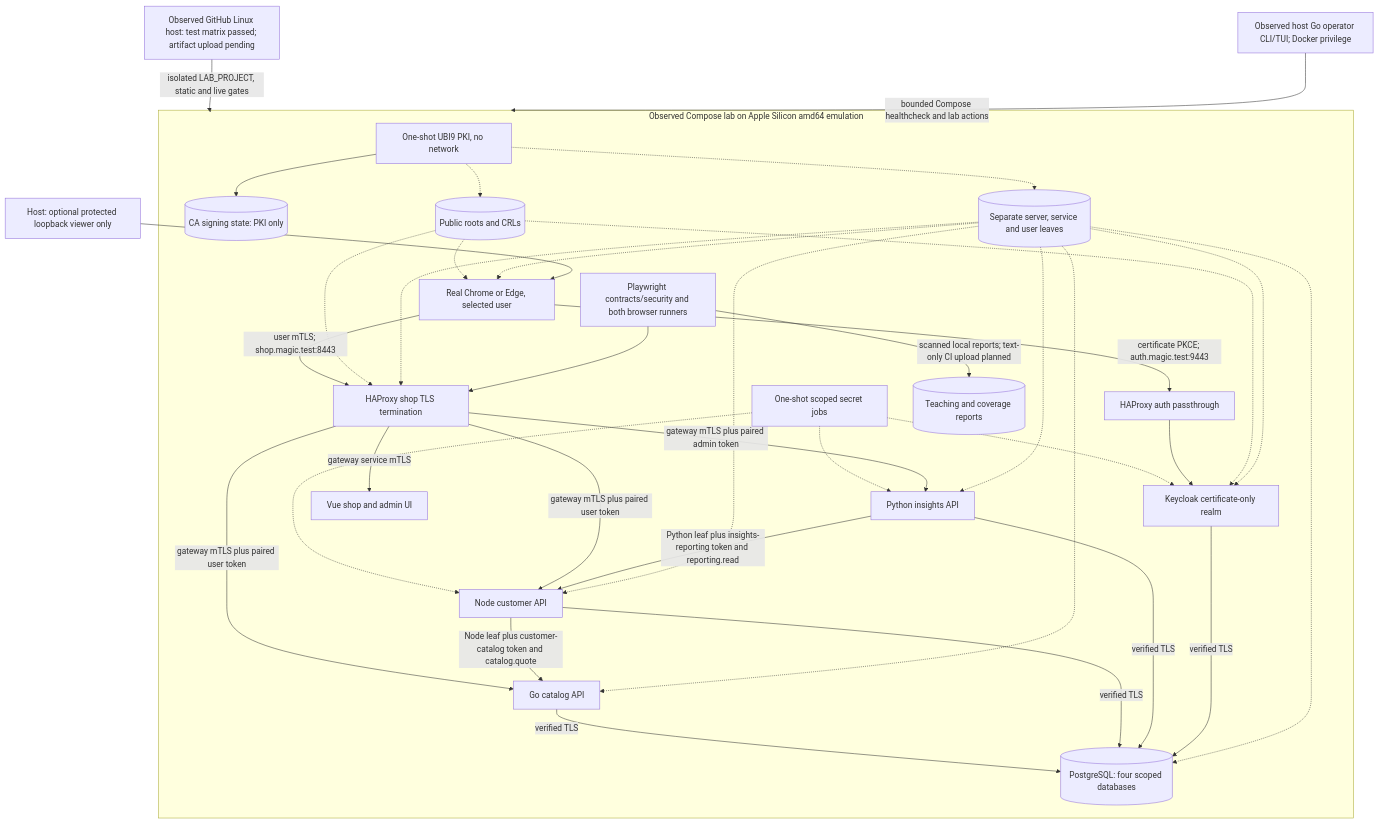
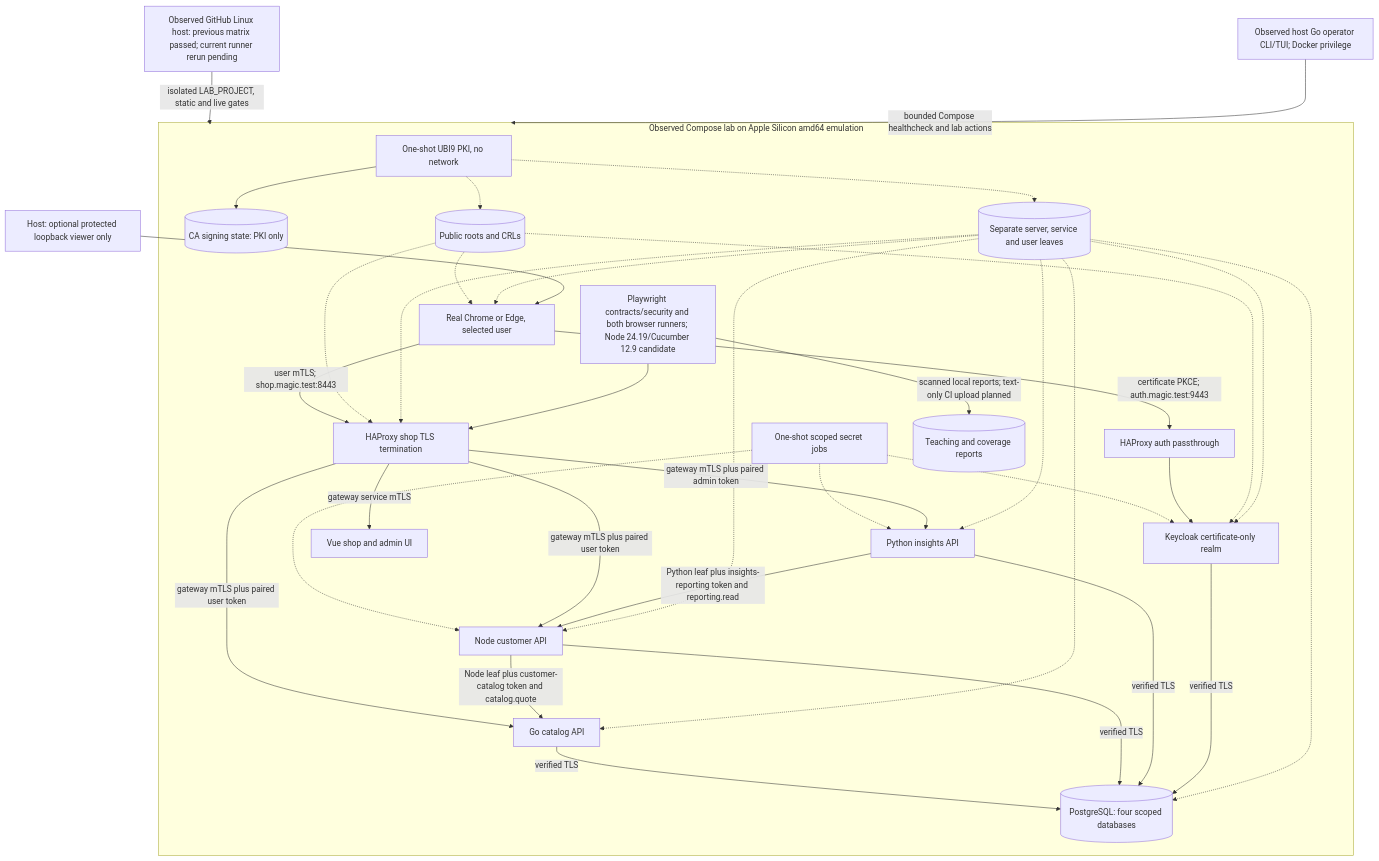
The first of 3 diagrams in docs/architecture.md (orieken/testing-with-certs), drawn with Mermaid before and after one commit. The commit also changed other lines of this file and 12 other files, not shown here.

Commit message:
Pin tested Node and Cucumber runner for Linux CI

````diff
--- a/docs/architecture.md
+++ b/docs/architecture.md
@@ -11,39 +11,39 @@
 ```mermaid
 flowchart TB
-  CI["Observed GitHub Linux host: test matrix passed; artifact upload pending"] -->|"isolated LAB_PROJECT, static and live gates"| Lab
+  CI["Observed GitHub Linux host: previous matrix passed; current runner rerun pending"] -->|"isolated LAB_PROJECT, static and live gates"| Lab
   Operator["Observed host Go operator CLI/TUI; Docker privilege"] -->|"bounded Compose healthcheck and lab actions"| Lab
   subgraph Lab["Observed Compose lab on Apple Silicon amd64 emulation"]
     PKI["One-shot UBI9 PKI, no network"] --> CA[("CA signing state: PKI only")]
     PKI -.-> Trust[("Public roots and CRLs")]
     PKI -.-> Leaves[("Separate server, service and user leaves")]
     Secrets["One-shot scoped secret jobs"] -.-> KC["Keycloak certificate-only realm"]
     Secrets -.-> Node["Node customer API"]
     Secrets -.-> Python["Python insights API"]
     Browser["Real Chrome or Edge, selected user"] -->|"user mTLS; shop.magic.test:8443"| HA["HAProxy shop TLS termination"]
     Browser -->|"certificate PKCE; auth.magic.test:9443"| Tunnel["HAProxy auth passthrough"]
     Tunnel --> KC
     HA -->|"gateway service mTLS"| UI["Vue shop and admin UI"]
     HA -->|"gateway mTLS plus paired user token"| Go["Go catalog API"]
     HA -->|"gateway mTLS plus paired user token"| Node
     HA -->|"gateway mTLS plus paired admin token"| Python
     Node -->|"Node leaf plus customer-catalog token and catalog.quote"| Go
     Python -->|"Python leaf plus insights-reporting token and reporting.read"| Node
     Go -->|"verified TLS"| DB[("PostgreSQL: four scoped databases")]
     Node -->|"verified TLS"| DB
     Python -->|"verified TLS"| DB
     KC -->|"verified TLS"| DB
     Trust -.-> Browser
     Trust -.-> HA
     Trust -.-> KC
     Leaves -.-> Browser
     Leaves -.-> HA
     Leaves -.-> KC
     Leaves -.-> Go
     Leaves -.-> Node
     Leaves -.-> Python
     Leaves -.-> DB
-    Tests["Playwright contracts/security and both browser runners"] --> HA
+    Tests["Playwright contracts/security and both browser runners; Node 24.19/Cucumber 12.9 candidate"] --> HA
     Tests -->|"scanned local reports; text-only CI upload planned"| Reports[("Teaching and coverage reports")]
   end
   Host["Host: optional protected loopback viewer only"] --> Browser
 ```
````
